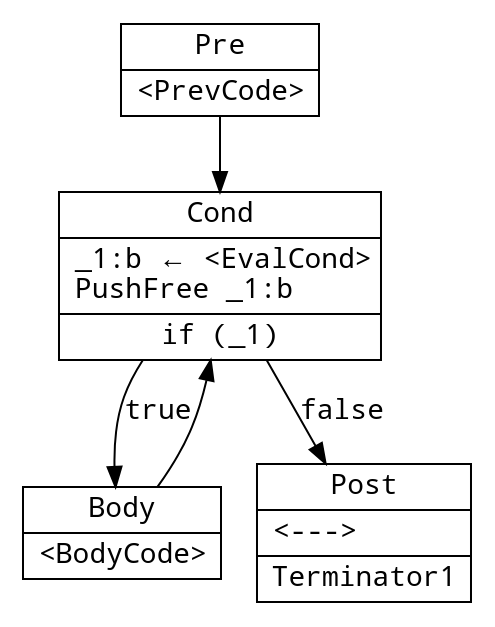
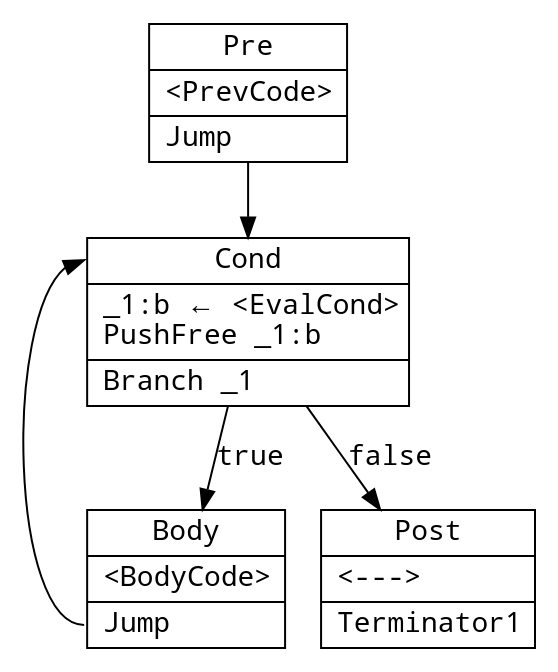
One commit to cubicap/mgrthesis changed the diagram in assets/irgen/while/post.dot. Above: the diagram before and after it, drawn with Graphviz. The commit also changed 33 other files, not shown here.

```diff
--- a/assets/irgen/while/post.dot
+++ b/assets/irgen/while/post.dot
@@ -1,12 +1,12 @@
 digraph {
   node [shape=record fontname="Noto Mono"];
   edge [fontname="Noto Mono"];
-  block0x5642d22bcfa0 [label="{Pre|\<PrevCode\>\l}"];
+  block0x5642d22bcfa0 [label="{Pre|\<PrevCode\>\l|Jump\l}"];
   block0x5642d22bcfa0 -> block0x5642d22bd0e0;
-  block0x5642d22bd0e0 [label="{Cond|_1:b ← \<EvalCond\>\lPushFree _1:b\l|if (_1)}"];
+  block0x5642d22bd0e0 [label="{<top>Cond|_1:b ← \<EvalCond\>\lPushFree _1:b\l|Branch _1\l}"];
   block0x5642d22bd0e0 -> block0x5642d22bd120 [label="true"];
   block0x5642d22bd0e0 -> block0x5642d22bd180 [label="false"];
-  block0x5642d22bd120 [label="{Body|\<BodyCode\>\l}"];
-  block0x5642d22bd120 -> block0x5642d22bd0e0;
-  block0x5642d22bd180 [label="{Post|\<---\>\l|Terminator1}"];
+  block0x5642d22bd120 [label="{Body|\<BodyCode\>\l|<term>Jump\l}"];
+  block0x5642d22bd120:term:w -> block0x5642d22bd0e0:top:w;
+  block0x5642d22bd180 [label="{Post|\<---\>\l|Terminator1\l}"];
 }
```
